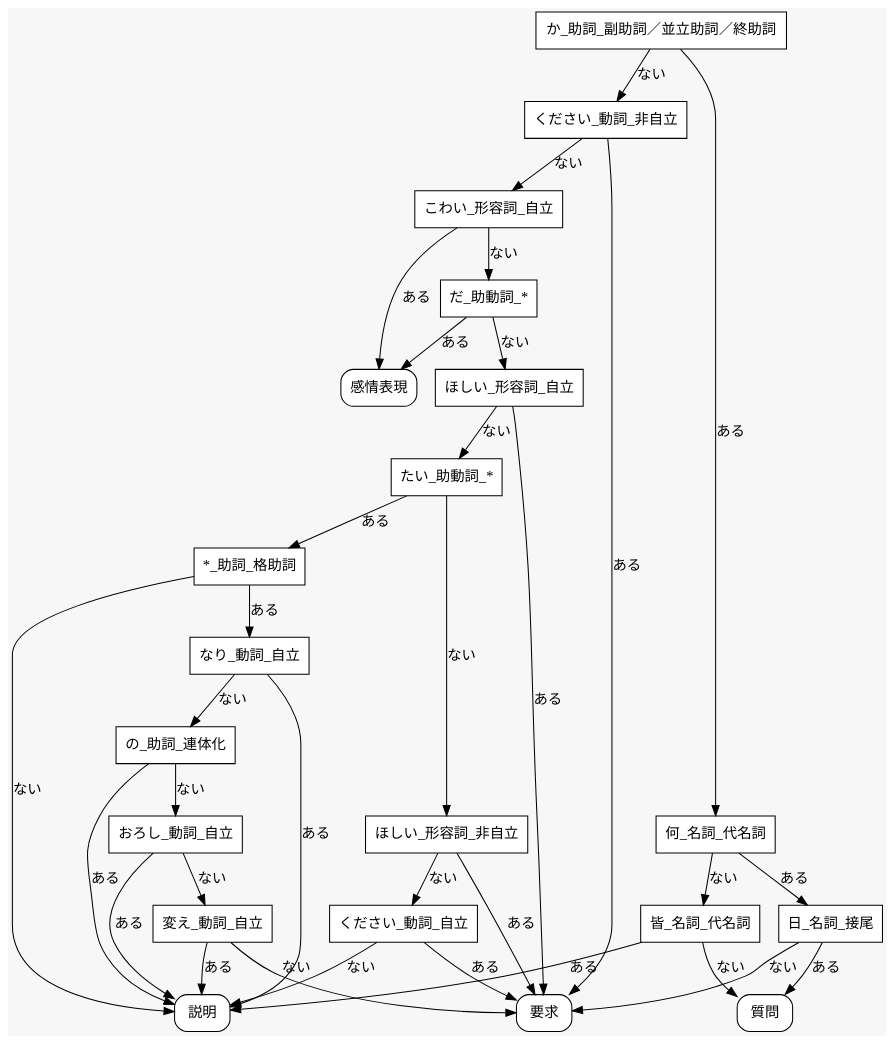
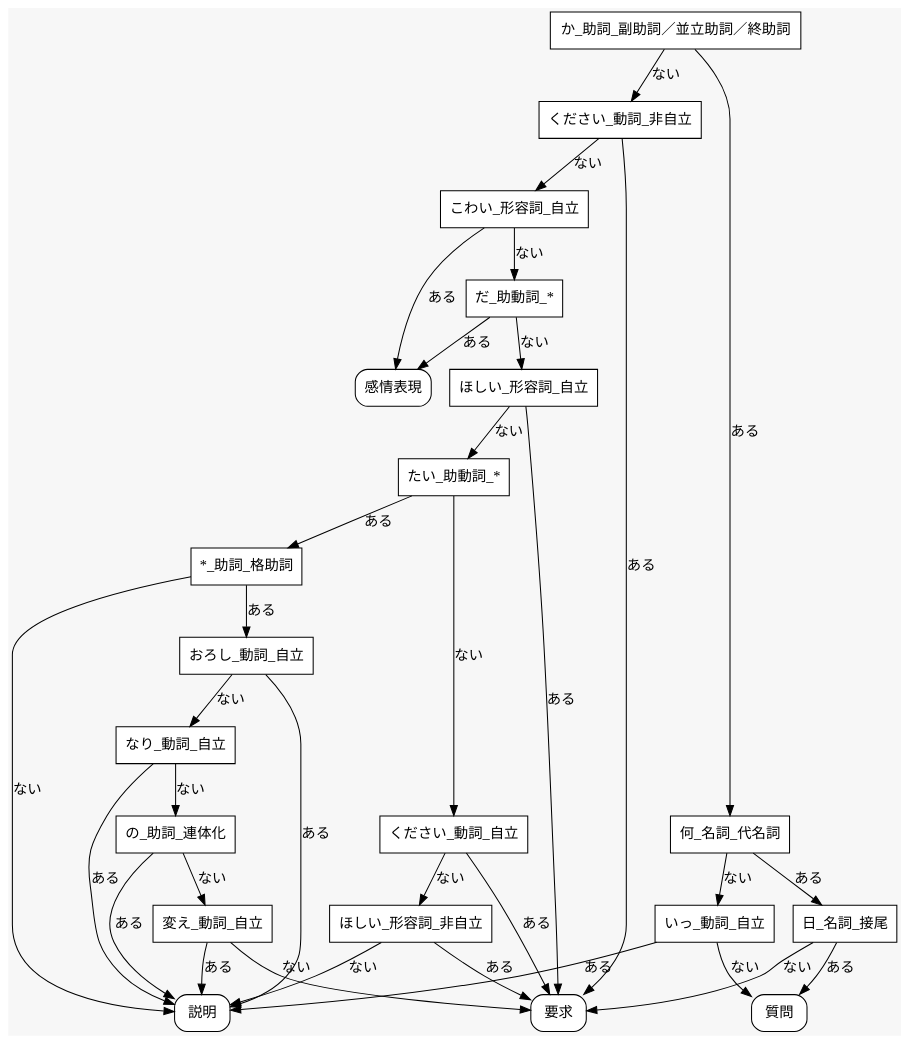
One commit to una1veritas/Workspace changed the diagram in DecisionTree/Digraph.gv. Above: the diagram before and after it, drawn with Graphviz. The commit also changed 1 other file, not shown here.

```diff
--- a/DecisionTree/Digraph.gv
+++ b/DecisionTree/Digraph.gv
@@ -1,69 +1,69 @@
 digraph {
 	graph [bgcolor="#f7f7f7" fontsize=18]
 	node [fillcolor=white shape=box]
 	"か_助詞_副助詞／並立助詞／終助詞" [shape=box style="solid,filled"]
 	"ください_動詞_非自立" [shape=box style="solid,filled"]
 	"こわい_形容詞_自立" [shape=box style="solid,filled"]
 	"だ_助動詞_*" [shape=box style="solid,filled"]
 	"ほしい_形容詞_自立" [shape=box style="solid,filled"]
 	"たい_助動詞_*" [shape=box style="solid,filled"]
+	"ください_動詞_自立" [shape=box style="solid,filled"]
 	"ほしい_形容詞_非自立" [shape=box style="solid,filled"]
-	"ください_動詞_自立" [shape=box style="solid,filled"]
 	"説明" [shape=box style="solid,filled,rounded"]
 	"要求" [shape=box style="solid,filled,rounded"]
 	"要求" [shape=box style="solid,filled,rounded"]
 	"*_助詞_格助詞" [shape=box style="solid,filled"]
 	"説明" [shape=box style="solid,filled,rounded"]
+	"おろし_動詞_自立" [shape=box style="solid,filled"]
 	"なり_動詞_自立" [shape=box style="solid,filled"]
 	"の_助詞_連体化" [shape=box style="solid,filled"]
-	"おろし_動詞_自立" [shape=box style="solid,filled"]
 	"変え_動詞_自立" [shape=box style="solid,filled"]
 	"要求" [shape=box style="solid,filled,rounded"]
 	"説明" [shape=box style="solid,filled,rounded"]
 	"説明" [shape=box style="solid,filled,rounded"]
 	"説明" [shape=box style="solid,filled,rounded"]
 	"説明" [shape=box style="solid,filled,rounded"]
 	"要求" [shape=box style="solid,filled,rounded"]
 	"感情表現" [shape=box style="solid,filled,rounded"]
 	"感情表現" [shape=box style="solid,filled,rounded"]
 	"要求" [shape=box style="solid,filled,rounded"]
 	"何_名詞_代名詞" [shape=box style="solid,filled"]
-	"皆_名詞_代名詞" [shape=box style="solid,filled"]
+	"いっ_動詞_自立" [shape=box style="solid,filled"]
 	"質問" [shape=box style="solid,filled,rounded"]
 	"説明" [shape=box style="solid,filled,rounded"]
 	"日_名詞_接尾" [shape=box style="solid,filled"]
 	"要求" [shape=box style="solid,filled,rounded"]
 	"質問" [shape=box style="solid,filled,rounded"]
 	"か_助詞_副助詞／並立助詞／終助詞" -> "ください_動詞_非自立" [label="ない" arrowhead=normal]
 	"ください_動詞_非自立" -> "こわい_形容詞_自立" [label="ない" arrowhead=normal]
 	"こわい_形容詞_自立" -> "だ_助動詞_*" [label="ない" arrowhead=normal]
 	"だ_助動詞_*" -> "ほしい_形容詞_自立" [label="ない" arrowhead=normal]
 	"ほしい_形容詞_自立" -> "たい_助動詞_*" [label="ない" arrowhead=normal]
-	"たい_助動詞_*" -> "ほしい_形容詞_非自立" [label="ない" arrowhead=normal]
-	"ほしい_形容詞_非自立" -> "ください_動詞_自立" [label="ない" arrowhead=normal]
-	"ください_動詞_自立" -> "説明" [label="ない" arrowhead=normal]
+	"たい_助動詞_*" -> "ください_動詞_自立" [label="ない" arrowhead=normal]
+	"ください_動詞_自立" -> "ほしい_形容詞_非自立" [label="ない" arrowhead=normal]
+	"ほしい_形容詞_非自立" -> "説明" [label="ない" arrowhead=normal]
+	"ほしい_形容詞_非自立" -> "要求" [label="ある" arrowhead=normal]
 	"ください_動詞_自立" -> "要求" [label="ある" arrowhead=normal]
-	"ほしい_形容詞_非自立" -> "要求" [label="ある" arrowhead=normal]
 	"たい_助動詞_*" -> "*_助詞_格助詞" [label="ある" arrowhead=normal]
 	"*_助詞_格助詞" -> "説明" [label="ない" arrowhead=normal]
-	"*_助詞_格助詞" -> "なり_動詞_自立" [label="ある" arrowhead=normal]
+	"*_助詞_格助詞" -> "おろし_動詞_自立" [label="ある" arrowhead=normal]
+	"おろし_動詞_自立" -> "なり_動詞_自立" [label="ない" arrowhead=normal]
 	"なり_動詞_自立" -> "の_助詞_連体化" [label="ない" arrowhead=normal]
-	"の_助詞_連体化" -> "おろし_動詞_自立" [label="ない" arrowhead=normal]
-	"おろし_動詞_自立" -> "変え_動詞_自立" [label="ない" arrowhead=normal]
+	"の_助詞_連体化" -> "変え_動詞_自立" [label="ない" arrowhead=normal]
 	"変え_動詞_自立" -> "要求" [label="ない" arrowhead=normal]
 	"変え_動詞_自立" -> "説明" [label="ある" arrowhead=normal]
-	"おろし_動詞_自立" -> "説明" [label="ある" arrowhead=normal]
 	"の_助詞_連体化" -> "説明" [label="ある" arrowhead=normal]
 	"なり_動詞_自立" -> "説明" [label="ある" arrowhead=normal]
+	"おろし_動詞_自立" -> "説明" [label="ある" arrowhead=normal]
 	"ほしい_形容詞_自立" -> "要求" [label="ある" arrowhead=normal]
 	"だ_助動詞_*" -> "感情表現" [label="ある" arrowhead=normal]
 	"こわい_形容詞_自立" -> "感情表現" [label="ある" arrowhead=normal]
 	"ください_動詞_非自立" -> "要求" [label="ある" arrowhead=normal]
 	"か_助詞_副助詞／並立助詞／終助詞" -> "何_名詞_代名詞" [label="ある" arrowhead=normal]
-	"何_名詞_代名詞" -> "皆_名詞_代名詞" [label="ない" arrowhead=normal]
-	"皆_名詞_代名詞" -> "質問" [label="ない" arrowhead=normal]
-	"皆_名詞_代名詞" -> "説明" [label="ある" arrowhead=normal]
+	"何_名詞_代名詞" -> "いっ_動詞_自立" [label="ない" arrowhead=normal]
+	"いっ_動詞_自立" -> "質問" [label="ない" arrowhead=normal]
+	"いっ_動詞_自立" -> "説明" [label="ある" arrowhead=normal]
 	"何_名詞_代名詞" -> "日_名詞_接尾" [label="ある" arrowhead=normal]
 	"日_名詞_接尾" -> "要求" [label="ない" arrowhead=normal]
 	"日_名詞_接尾" -> "質問" [label="ある" arrowhead=normal]
 }
```
